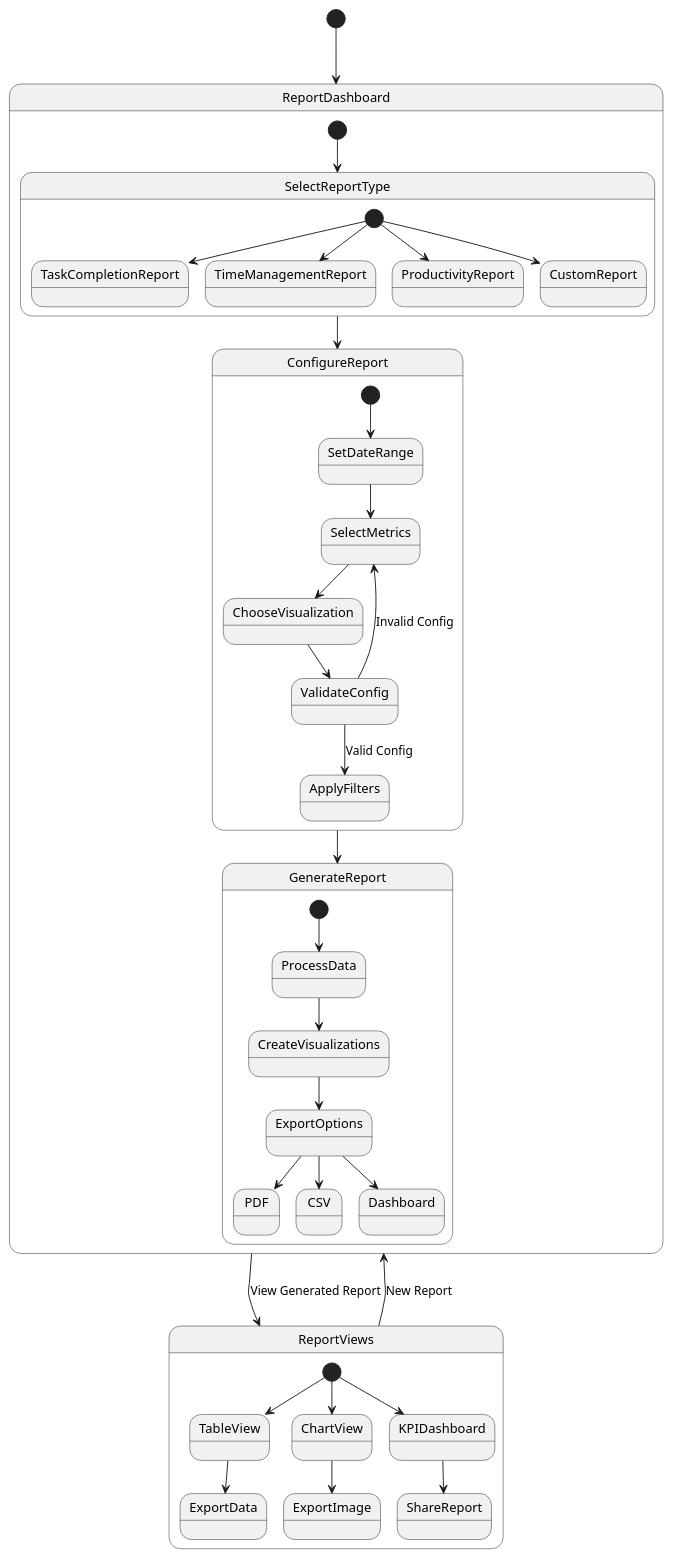
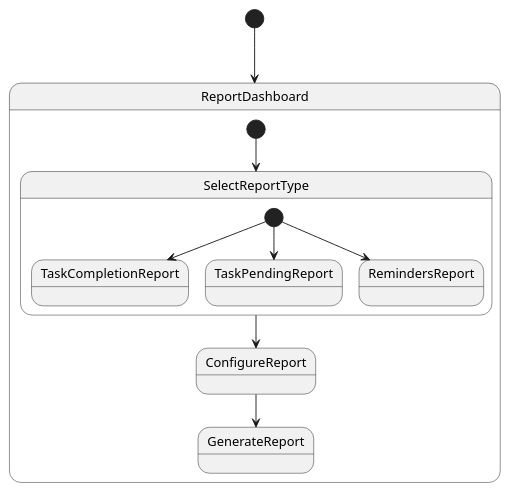
The diagram in diagrams/reporting_system_state.puml (rofidakhaled/On-Time), drawn with PlantUML before and after one commit. The commit also changed 7 other files, not shown here.

Commit message:
updated state diagrams

```diff
--- a/diagrams/reporting_system_state.puml
+++ b/diagrams/reporting_system_state.puml
@@ -1,48 +1,17 @@
 @startuml Reporting System State Diagram
 
 [*] --> ReportDashboard
 
 state ReportDashboard {
     [*] --> SelectReportType
     SelectReportType --> ConfigureReport
     ConfigureReport --> GenerateReport
 }
 
 state SelectReportType {
     [*] --> TaskCompletionReport
-    [*] --> TimeManagementReport
-    [*] --> ProductivityReport
-    [*] --> CustomReport
+    [*] --> TaskPendingReport
+    [*] --> RemindersReport
 }
 
-state ConfigureReport {
-    [*] --> SetDateRange
-    SetDateRange --> SelectMetrics
-    SelectMetrics --> ChooseVisualization
-    ChooseVisualization --> ValidateConfig
-    ValidateConfig --> ApplyFilters : Valid Config
-    ValidateConfig --> SelectMetrics : Invalid Config
-}
-
-state GenerateReport {
-    [*] --> ProcessData
-    ProcessData --> CreateVisualizations
-    CreateVisualizations --> ExportOptions
-    ExportOptions --> PDF
-    ExportOptions --> CSV
-    ExportOptions --> Dashboard
-}
-
-state ReportViews {
-    [*] --> TableView
-    [*] --> ChartView
-    [*] --> KPIDashboard
-    TableView --> ExportData
-    ChartView --> ExportImage
-    KPIDashboard --> ShareReport
-}
-
-ReportDashboard --> ReportViews : View Generated Report
-ReportViews --> ReportDashboard : New Report
-
 @enduml
```
